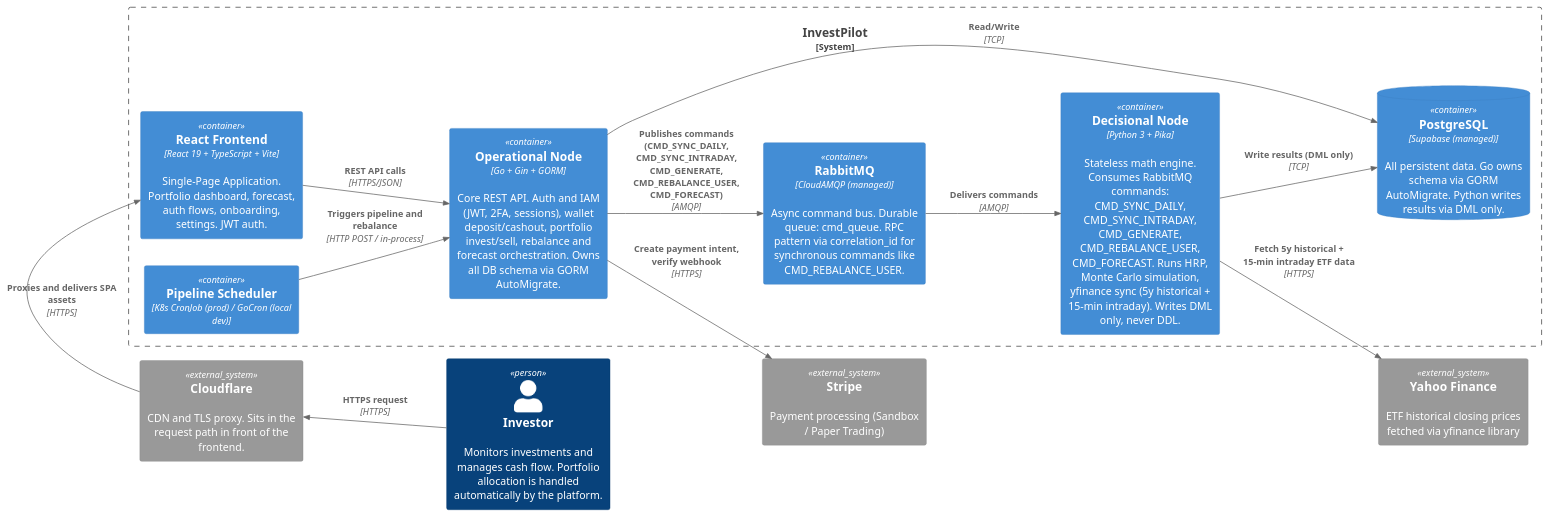
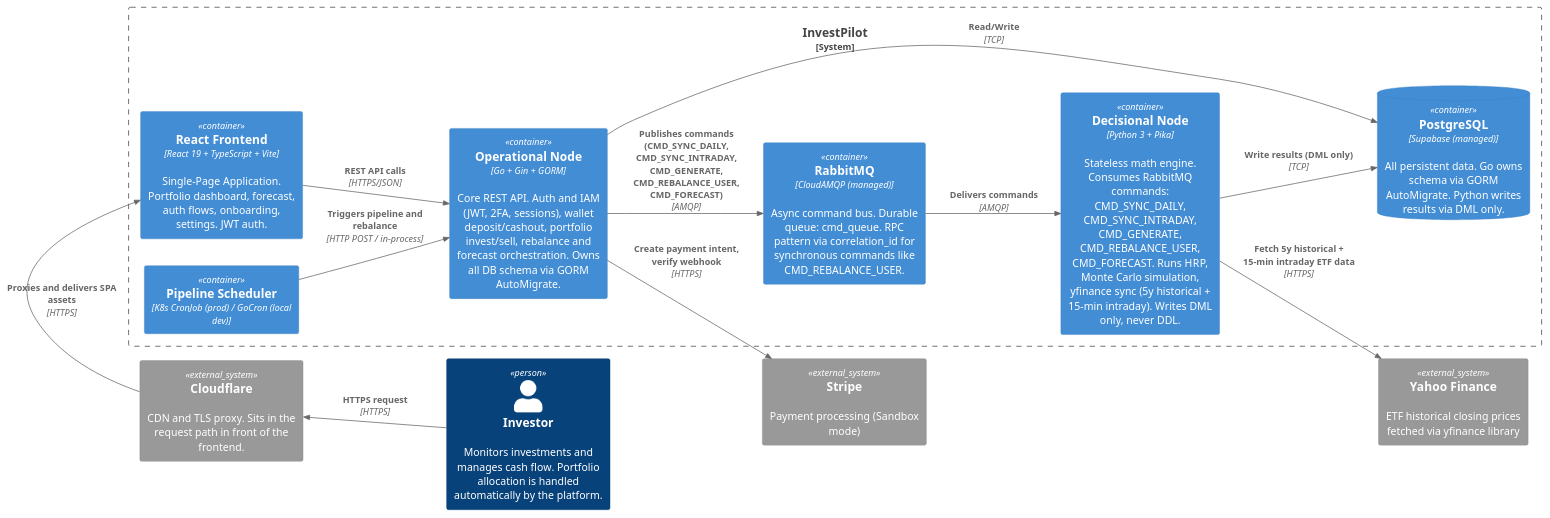
Before and after one commit to andreiOpran/InvestPilot: the diagram in docs/diagrams/c4-container.puml, drawn with PlantUML.

Commit message:
[FIX] c4 container

```diff
--- a/docs/diagrams/c4-container.puml
+++ b/docs/diagrams/c4-container.puml
@@ -1,39 +1,39 @@
 @startuml InvestPilot-C4-L2
 !include https://raw.githubusercontent.com/plantuml-stdlib/C4-PlantUML/master/C4_Container.puml
 
 LAYOUT_LANDSCAPE()
 
 Person(investor, "Investor", "Monitors investments and manages cash flow. Portfolio allocation is handled automatically by the platform.")
 
 System_Ext(cloudflare, "Cloudflare", "CDN and TLS proxy. Sits in the request path in front of the frontend.")
-System_Ext(stripe, "Stripe", "Payment processing (Sandbox / Paper Trading)")
+System_Ext(stripe, "Stripe", "Payment processing (Sandbox mode)")
 System_Ext(yfinance, "Yahoo Finance", "ETF historical closing prices fetched via yfinance library")
 
 System_Boundary(investpilot, "InvestPilot") {
 
     Container(spa, "React Frontend", "React 19 + TypeScript + Vite", "Single-Page Application. Portfolio dashboard, forecast, auth flows, onboarding, settings. JWT auth.")
 
     Container(operational, "Operational Node", "Go + Gin + GORM", "Core REST API. Auth and IAM (JWT, 2FA, sessions), wallet deposit/cashout, portfolio invest/sell, rebalance and forecast orchestration. Owns all DB schema via GORM AutoMigrate.")
 
     Container(decisional, "Decisional Node", "Python 3 + Pika", "Stateless math engine. Consumes RabbitMQ commands: CMD_SYNC_DAILY, CMD_SYNC_INTRADAY, CMD_GENERATE, CMD_REBALANCE_USER, CMD_FORECAST. Runs HRP, Monte Carlo simulation, yfinance sync (5y historical + 15-min intraday). Writes DML only, never DDL.")
 
     Container(scheduler, "Pipeline Scheduler", "K8s CronJob (prod) / GoCron (local dev)")
 
     Container(rabbitmq, "RabbitMQ", "CloudAMQP (managed)", "Async command bus. Durable queue: cmd_queue. RPC pattern via correlation_id for synchronous commands like CMD_REBALANCE_USER.")
 
     ContainerDb(postgres, "PostgreSQL", "Supabase (managed)", "All persistent data. Go owns schema via GORM AutoMigrate. Python writes results via DML only.")
 }
 
 ' Relationships
 Rel_L(investor, cloudflare, "HTTPS request", "HTTPS")
 Rel_U(cloudflare, spa, "Proxies and delivers SPA assets", "HTTPS")
 Rel(spa, operational, "REST API calls", "HTTPS/JSON")
 Rel(operational, rabbitmq, "Publishes commands (CMD_SYNC_DAILY, CMD_SYNC_INTRADAY, CMD_GENERATE, CMD_REBALANCE_USER, CMD_FORECAST)", "AMQP")
 Rel(rabbitmq, decisional, "Delivers commands", "AMQP")
 Rel(scheduler, operational, "Triggers pipeline and rebalance", "HTTP POST / in-process")
 Rel(operational, postgres, "Read/Write", "TCP")
 Rel(decisional, postgres, "Write results (DML only)", "TCP")
 Rel(operational, stripe, "Create payment intent, verify webhook", "HTTPS")
 Rel(decisional, yfinance, "Fetch 5y historical + 15-min intraday ETF data", "HTTPS")
 
 @enduml
```
